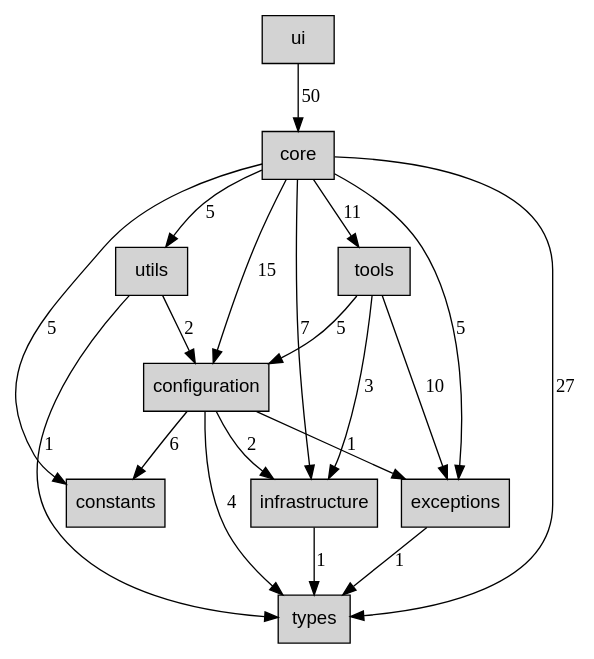
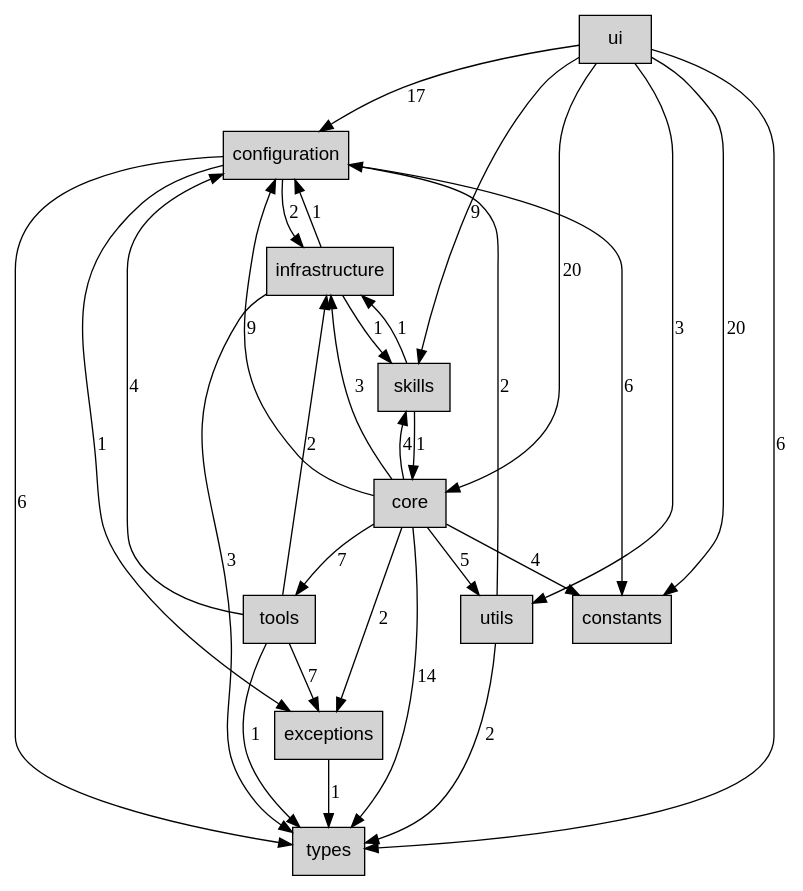
One commit to ryumacodes/tunacode changed the diagram in docs/architecture/dependencies/DEPENDENCY_LAYERS.dot. Above: the diagram before and after it, drawn with Graphviz. The commit also changed 2 other files, not shown here.

```diff
--- a/docs/architecture/dependencies/DEPENDENCY_LAYERS.dot
+++ b/docs/architecture/dependencies/DEPENDENCY_LAYERS.dot
@@ -1,34 +1,46 @@
 digraph tunacode_layers {
   rankdir=TB;
   node [shape=box, style=filled, fontname=Arial];
 
-  ui [label="ui"];
-  core [label="core"];
-  tools [label="tools"];
-  utils [label="utils"];
   configuration [label="configuration"];
   constants [label="constants"];
+  core [label="core"];
   exceptions [label="exceptions"];
   infrastructure [label="infrastructure"];
+  skills [label="skills"];
+  tools [label="tools"];
   types [label="types"];
+  ui [label="ui"];
+  utils [label="utils"];
 
   configuration -> constants [label="6"];
   configuration -> exceptions [label="1"];
   configuration -> infrastructure [label="2"];
-  configuration -> types [label="4"];
-  core -> configuration [label="15"];
-  core -> constants [label="5"];
-  core -> exceptions [label="5"];
-  core -> infrastructure [label="7"];
-  core -> tools [label="11"];
-  core -> types [label="27"];
+  configuration -> types [label="6"];
+  core -> configuration [label="9"];
+  core -> constants [label="4"];
+  core -> exceptions [label="2"];
+  core -> infrastructure [label="3"];
+  core -> skills [label="4"];
+  core -> tools [label="7"];
+  core -> types [label="14"];
   core -> utils [label="5"];
   exceptions -> types [label="1"];
-  infrastructure -> types [label="1"];
-  tools -> configuration [label="5"];
-  tools -> exceptions [label="10"];
-  tools -> infrastructure [label="3"];
-  ui -> core [label="50"];
+  infrastructure -> configuration [label="1"];
+  infrastructure -> skills [label="1"];
+  infrastructure -> types [label="3"];
+  skills -> core [label="1"];
+  skills -> infrastructure [label="1"];
+  tools -> configuration [label="4"];
+  tools -> exceptions [label="7"];
+  tools -> infrastructure [label="2"];
+  tools -> types [label="1"];
+  ui -> configuration [label="17"];
+  ui -> constants [label="20"];
+  ui -> core [label="20"];
+  ui -> skills [label="9"];
+  ui -> types [label="6"];
+  ui -> utils [label="3"];
   utils -> configuration [label="2"];
-  utils -> types [label="1"];
+  utils -> types [label="2"];
 }
```
